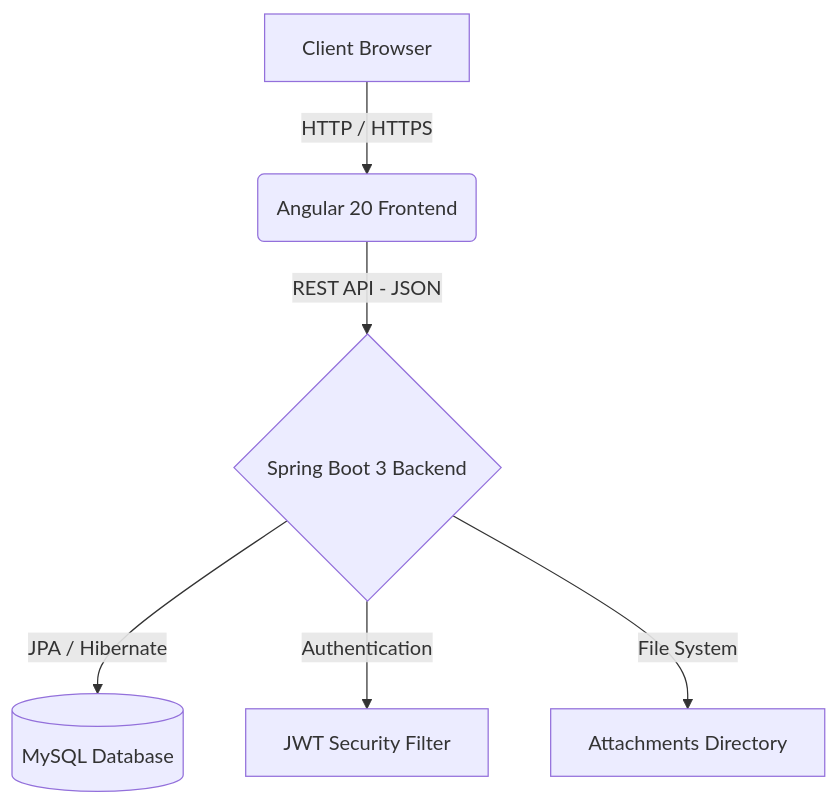
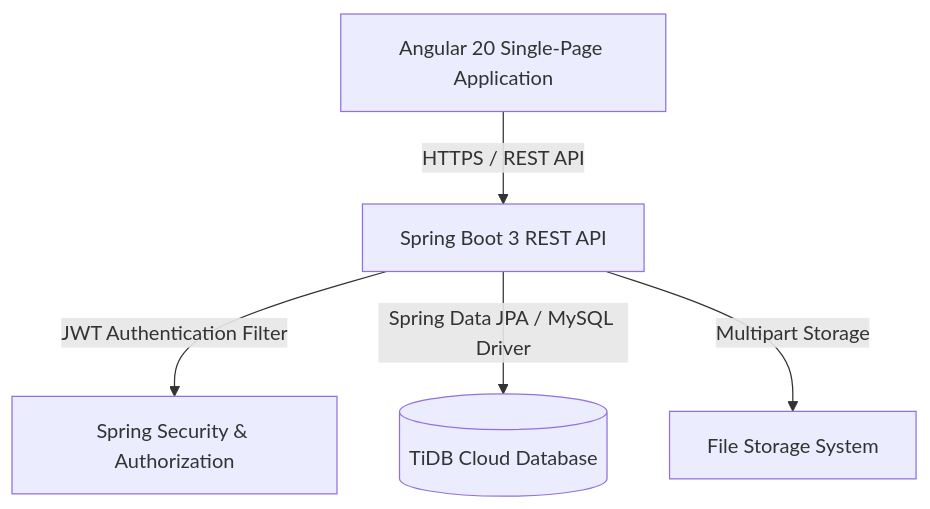
Before and after one commit to jeeva-004/Agile-Flow-Project-Management-System: the diagram in README.md, drawn with Mermaid. The commit also changed other lines of this file, not shown here.

````diff
--- a/README.md
+++ b/README.md
@@ -72,8 +88,7 @@
 ```mermaid
 graph TD
-    A[Client Browser] -->|HTTP / HTTPS| B(Angular 20 Frontend)
-    B -->|REST API - JSON| C{Spring Boot 3 Backend}
-    C -->|JPA / Hibernate| D[(MySQL Database)]
-    C -->|Authentication| E[JWT Security Filter]
-    C -->|File System| F[Attachments Directory]
+    Client[Angular 20 Single-Page Application] -->|HTTPS / REST API| Backend[Spring Boot 3 REST API]
+    Backend -->|JWT Authentication Filter| Security[Spring Security & Authorization]
+    Backend -->|Spring Data JPA / MySQL Driver| DB[(TiDB Cloud Database)]
+    Backend -->|Multipart Storage| Storage[File Storage System]
 ```
````
